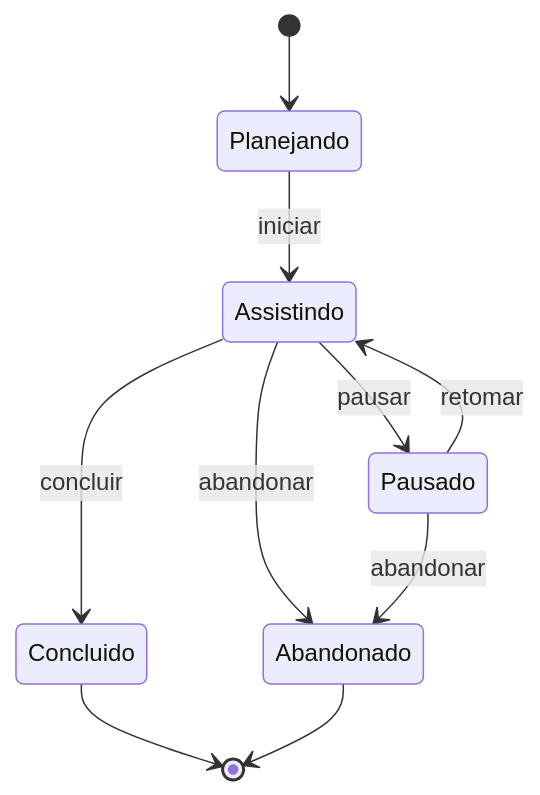
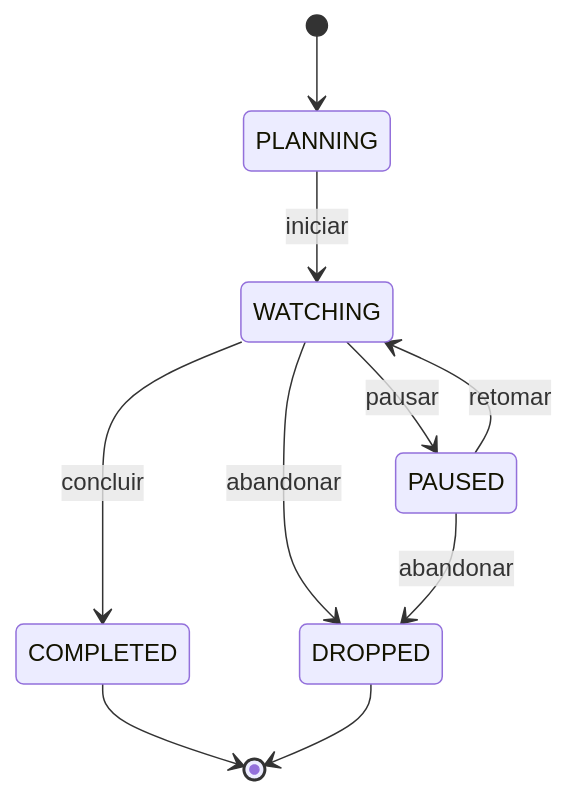
The sixth of 11 diagrams in docs/modelagem.md (Drufontael/mykytadu-app), drawn with Mermaid before and after one commit. The commit also changed other lines of this file and 7 other files, not shown here.

````diff
--- a/docs/modelagem.md
+++ b/docs/modelagem.md
@@ -644,17 +706,15 @@
 ```mermaid
 stateDiagram-v2
-    [*] --> Planejando
+    [*] --> PLANNING
 
-    Planejando --> Assistindo : iniciar
+    PLANNING --> WATCHING : iniciar
+    WATCHING --> PAUSED : pausar
+    PAUSED --> WATCHING : retomar
 
-    Assistindo --> Pausado : pausar
-    Pausado --> Assistindo : retomar
+    WATCHING --> COMPLETED : concluir
+    WATCHING --> DROPPED : abandonar
+    PAUSED --> DROPPED : abandonar
 
-    Assistindo --> Concluido : concluir
-
-    Assistindo --> Abandonado : abandonar
-    Pausado --> Abandonado : abandonar
-
-    Concluido --> [*]
-    Abandonado --> [*]
+    COMPLETED --> [*]
+    DROPPED --> [*]
 ```
````
